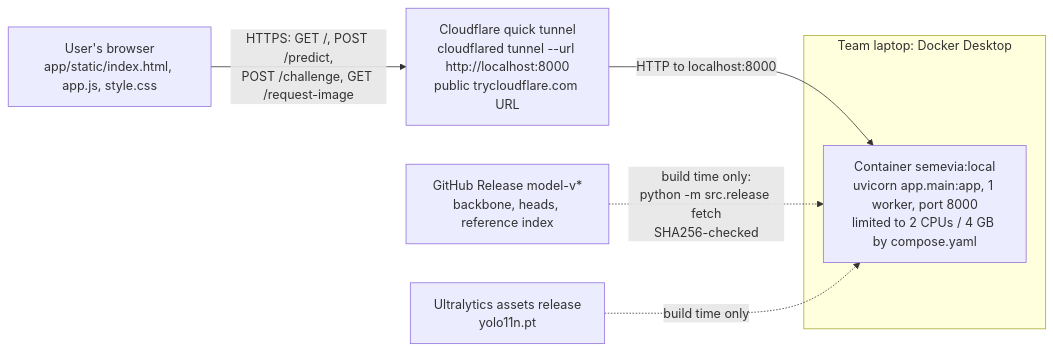
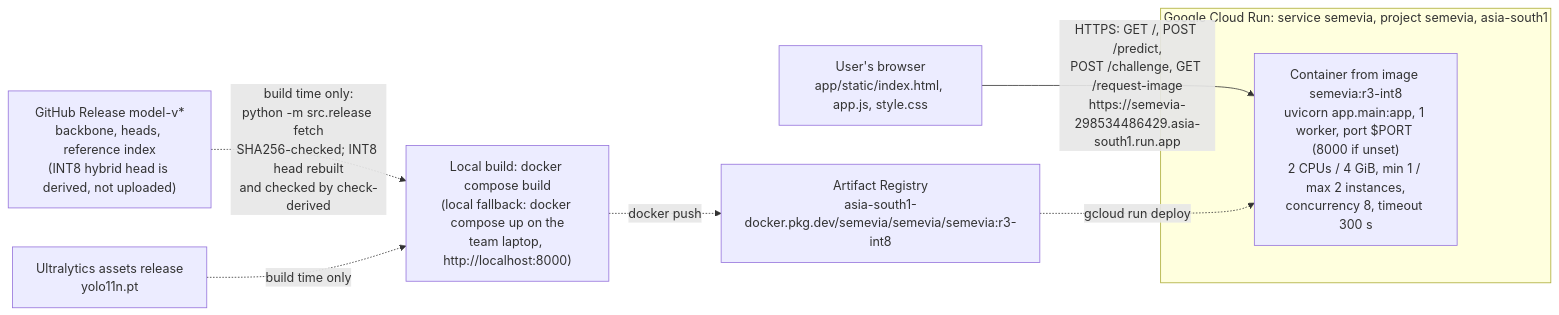
One commit to DuhItzAniket/SEMEVIA changed the first of 7 diagrams in docs/architecture.md. Above: the diagram before and after it, drawn with Mermaid. The commit also changed other lines of this file and 13 other files, not shown here.

First line of the commit message:
docs: r3-int8 release and Google Cloud Run hosting

````diff
--- a/docs/architecture.md
+++ b/docs/architecture.md
@@ -58,14 +78,16 @@
 ```mermaid
 flowchart LR
     U["User's browser<br/>app/static/index.html, app.js, style.css"]
-    CF["Cloudflare quick tunnel<br/>cloudflared tunnel --url http://localhost:8000<br/>public trycloudflare.com URL"]
-    subgraph LAPTOP["Team laptop: Docker Desktop"]
-        C["Container semevia:local<br/>uvicorn app.main:app, 1 worker, port 8000<br/>limited to 2 CPUs / 4 GB by compose.yaml"]
+    subgraph CR["Google Cloud Run: service semevia, project semevia, asia-south1"]
+        C["Container from image semevia:r3-int8<br/>uvicorn app.main:app, 1 worker, port $PORT (8000 if unset)<br/>2 CPUs / 4 GiB, min 1 / max 2 instances,<br/>concurrency 8, timeout 300 s"]
     end
-    GH["GitHub Release model-v*<br/>backbone, heads, reference index"]
+    AR["Artifact Registry<br/>asia-south1-docker.pkg.dev/semevia/semevia/semevia:r3-int8"]
+    BLD["Local build: docker compose build<br/>(local fallback: docker compose up on the<br/>team laptop, http://localhost:8000)"]
+    GH["GitHub Release model-v*<br/>backbone, heads, reference index<br/>(INT8 hybrid head is derived, not uploaded)"]
     UL["Ultralytics assets release<br/>yolo11n.pt"]
-    U -- "HTTPS: GET /, POST /predict,<br/>POST /challenge, GET /request-image" --> CF
-    CF -- "HTTP to localhost:8000" --> C
-    GH -. "build time only:<br/>python -m src.release fetch<br/>SHA256-checked" .-> C
-    UL -. "build time only" .-> C
+    U -- "HTTPS: GET /, POST /predict,<br/>POST /challenge, GET /request-image<br/>https://semevia-298534486429.asia-south1.run.app" --> C
+    GH -. "build time only:<br/>python -m src.release fetch<br/>SHA256-checked; INT8 head rebuilt<br/>and checked by check-derived" .-> BLD
+    UL -. "build time only" .-> BLD
+    BLD -. "docker push" .-> AR
+    AR -. "gcloud run deploy" .-> C
 ```
````
